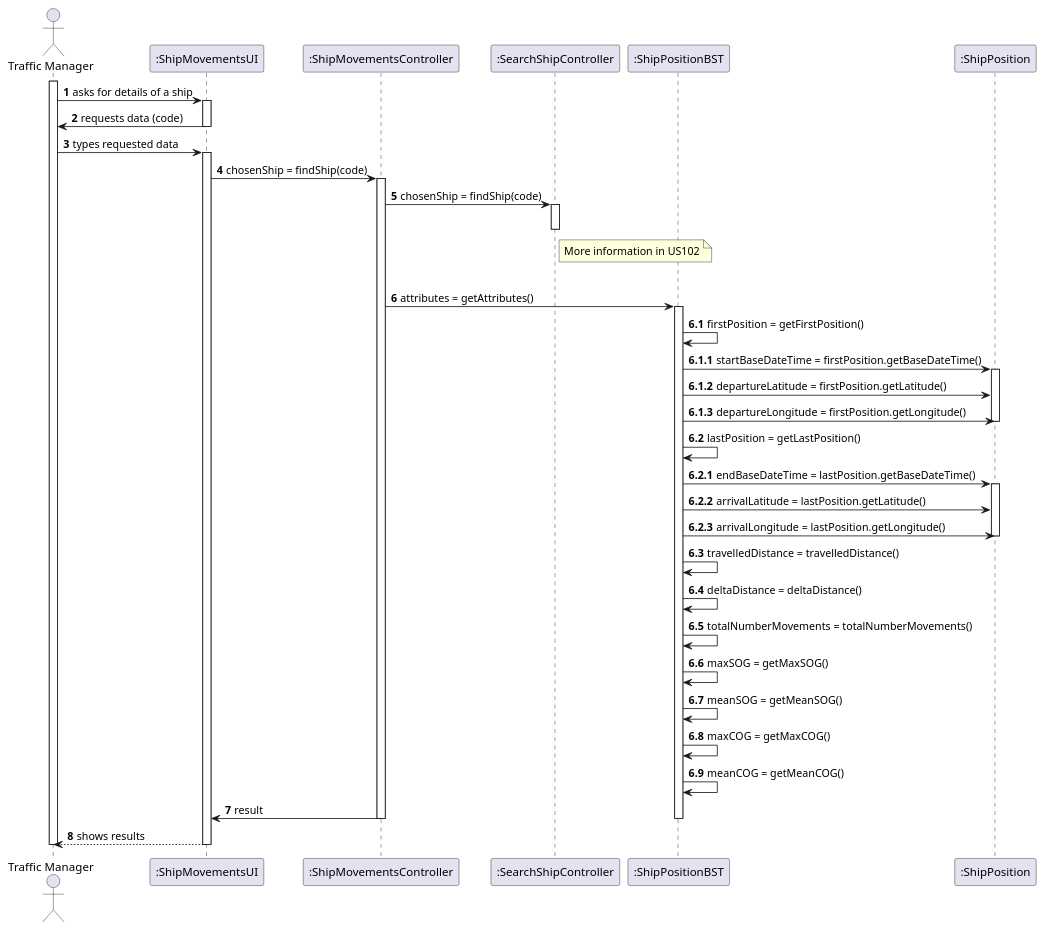
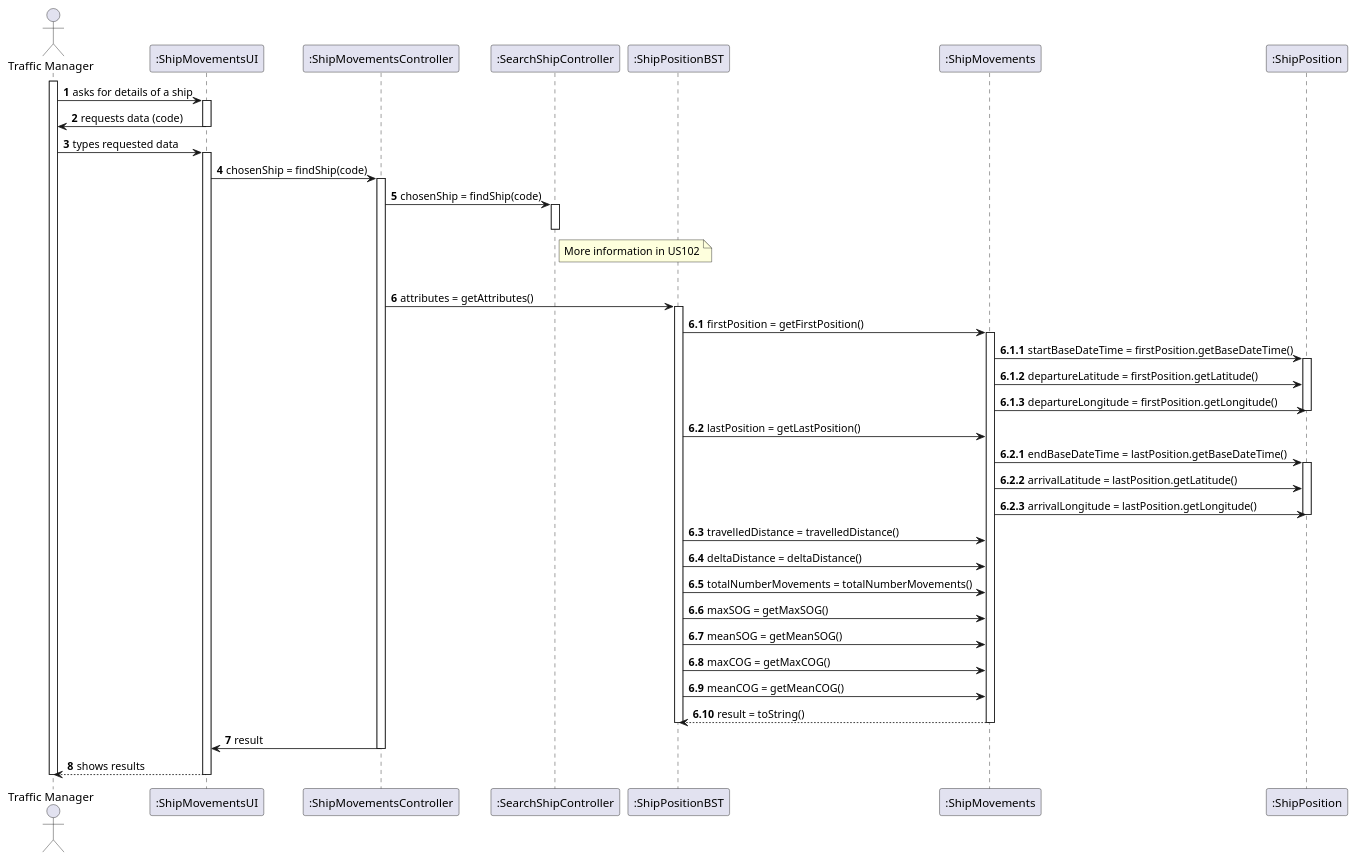
One commit to 1190772/LAB-Project-3 changed the diagram in docs/Sprint 1/US/US104/US104_SD.puml. Above: the diagram before and after it, drawn with PlantUML. The commit also changed 6 other files, not shown here.

```diff
--- a/docs/Sprint 1/US/US104/US104_SD.puml
+++ b/docs/Sprint 1/US/US104/US104_SD.puml
@@ -1,73 +1,76 @@
 @startuml
 autonumber
 
 'hide footbox
 actor "Traffic Manager" as TM
 
 participant ":ShipMovementsUI" as UI
 participant ":ShipMovementsController" as CTRL
 participant ":SearchShipController" as CTRL2
 participant ":ShipPositionBST" as BST
+participant ":ShipMovements" as SM
 participant ":ShipPosition" as SP
 
 activate TM
 TM -> UI : asks for details of a ship
 activate UI
 
 UI -> TM : requests data (code)
 
 deactivate UI
 
 TM -> UI : types requested data
 activate UI
 UI -> CTRL : chosenShip = findShip(code)
 activate CTRL
 
 CTRL -> CTRL2 : chosenShip = findShip(code)
 activate CTRL2
 deactivate CTRL2
 note right of CTRL2 : More information in US102
 |||
 
 CTRL -> BST : attributes = getAttributes()
 activate BST
 autonumber 6.1
-BST -> BST : firstPosition = getFirstPosition()
+BST -> SM : firstPosition = getFirstPosition()
+activate SM
 
 autonumber 6.1.1
-BST -> SP : startBaseDateTime = firstPosition.getBaseDateTime()
+SM -> SP : startBaseDateTime = firstPosition.getBaseDateTime()
 activate SP
-BST -> SP : departureLatitude = firstPosition.getLatitude()
-BST -> SP : departureLongitude = firstPosition.getLongitude()
+SM -> SP : departureLatitude = firstPosition.getLatitude()
+SM -> SP : departureLongitude = firstPosition.getLongitude()
 deactivate SP
 
 autonumber 6.2
-BST -> BST : lastPosition = getLastPosition()
+BST -> SM : lastPosition = getLastPosition()
 
 autonumber 6.2.1
-BST -> SP : endBaseDateTime = lastPosition.getBaseDateTime()
+SM -> SP : endBaseDateTime = lastPosition.getBaseDateTime()
 activate SP
-BST -> SP : arrivalLatitude = lastPosition.getLatitude()
-BST -> SP : arrivalLongitude = lastPosition.getLongitude()
+SM -> SP : arrivalLatitude = lastPosition.getLatitude()
+SM -> SP : arrivalLongitude = lastPosition.getLongitude()
 deactivate SP
 
 autonumber 6.3
-BST -> BST : travelledDistance = travelledDistance()
-BST -> BST : deltaDistance = deltaDistance()
-BST -> BST : totalNumberMovements = totalNumberMovements()
-BST -> BST : maxSOG = getMaxSOG()
-BST -> BST : meanSOG = getMeanSOG()
-BST -> BST : maxCOG = getMaxCOG()
-BST -> BST : meanCOG = getMeanCOG()
-
+BST -> SM : travelledDistance = travelledDistance()
+BST -> SM : deltaDistance = deltaDistance()
+BST -> SM : totalNumberMovements = totalNumberMovements()
+BST -> SM : maxSOG = getMaxSOG()
+BST -> SM : meanSOG = getMeanSOG()
+BST -> SM : maxCOG = getMaxCOG()
+BST -> SM : meanCOG = getMeanCOG()
+SM --> BST : result = toString()
+deactivate SM
+deactivate BST
 autonumber 7
 CTRL -> UI : result
-deactivate BST
 deactivate CTRL
 
 UI --> TM : shows results
 deactivate UI
 
 deactivate TM
 
 @enduml
```
